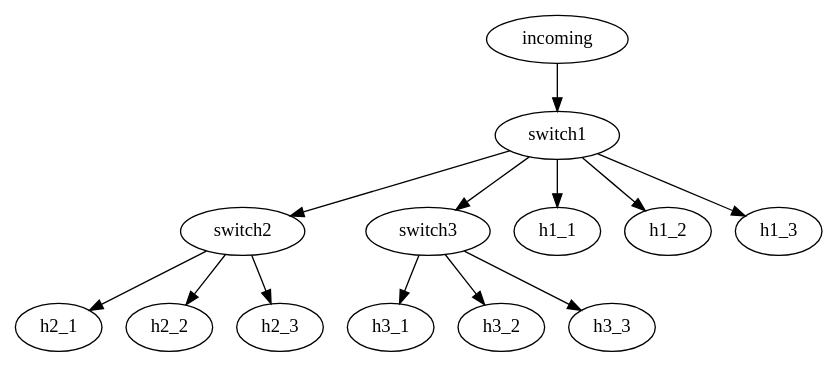
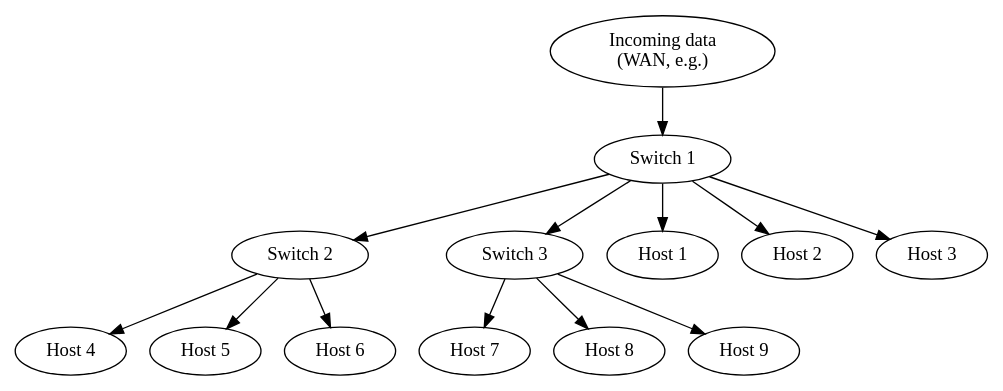
One commit to cslarsen/bachelor changed the diagram in topologies/topo2.dot. Above: the diagram before and after it, drawn with Graphviz. The commit also changed 3 other files, not shown here.

```diff
--- a/topologies/topo2.dot
+++ b/topologies/topo2.dot
@@ -1,8 +1,25 @@
 digraph TOPO2 {
   incoming -> switch1;
   switch1 -> {switch2, switch3};
 
   switch1 -> {h1_1, h1_2, h1_3};
   switch2 -> {h2_1, h2_2, h2_3};
   switch3 -> {h3_1, h3_2, h3_3};
+
+  incoming [label="Incoming data\n(WAN, e.g.)"];
+  switch1 [label="Switch 1"];
+  switch2 [label="Switch 2"];
+  switch3 [label="Switch 3"];
+
+  h1_1 [label="Host 1"];
+  h1_2 [label="Host 2"];
+  h1_3 [label="Host 3"];
+
+  h2_1 [label="Host 4"];
+  h2_2 [label="Host 5"];
+  h2_3 [label="Host 6"];
+
+  h3_1 [label="Host 7"];
+  h3_2 [label="Host 8"];
+  h3_3 [label="Host 9"];
 }
```
